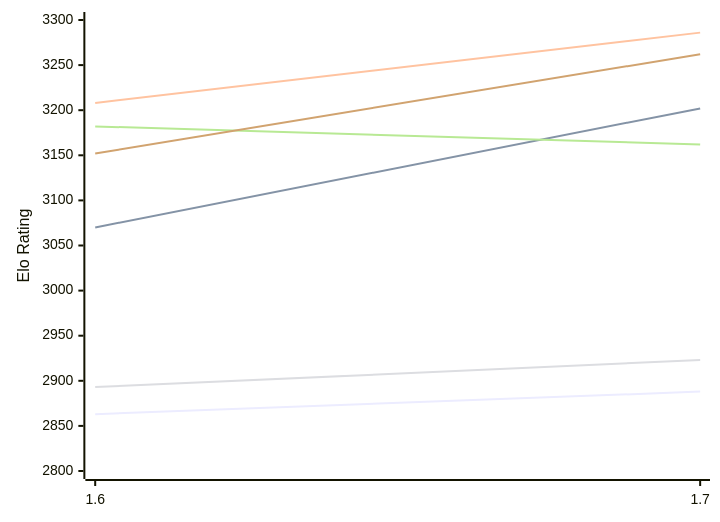
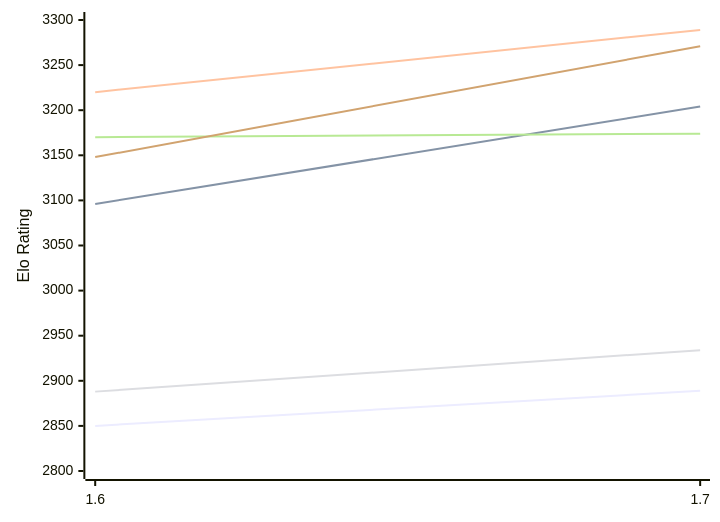
Before and after one commit to computer-chess-index/cci: the first of 2 diagrams in engines/Bitbit.md, drawn with Mermaid. The commit also changed other lines of this file, not shown here.

Commit message:
Update CCI Ratings (ELO VLTC) - 2026-11-25

````diff
--- a/engines/Bitbit.md
+++ b/engines/Bitbit.md
@@ -50,12 +50,12 @@
 ```mermaid
 %%{init: {"theme":"base","themeVariables":{"seriesColors:['#a3a3a3','#222221','#faa371']}}}%%
 xychart-beta
   x-axis ["1.6", "1.7"]
   y-axis "Elo Rating" 2800 --> 3300
-  line "E1: STC (8.0+0.08s)" [2863, 2888]
-  line "E1: LTC (60.0+0.60s)" [3070, 3202]
-  line "E1: VLTC (2m24s+1.12s)" [3208, 3286]
-  line "P1: STC (8.0+0.08s)" [2893, 2923]
-  line "P1: LTC (60.0+0.60s)" [3182, 3162]
-  line "P1: VLTC (2m24s+1.12s)" [3152, 3262]
+  line "E1: STC (8.0+0.08s)" [2850, 2889]
+  line "E1: LTC (60.0+0.60s)" [3096, 3204]
+  line "E1: VLTC (2m24s+1.12s)" [3220, 3289]
+  line "P1: STC (8.0+0.08s)" [2888, 2934]
+  line "P1: LTC (60.0+0.60s)" [3170, 3174]
+  line "P1: VLTC (2m24s+1.12s)" [3148, 3271]
 ```
````
